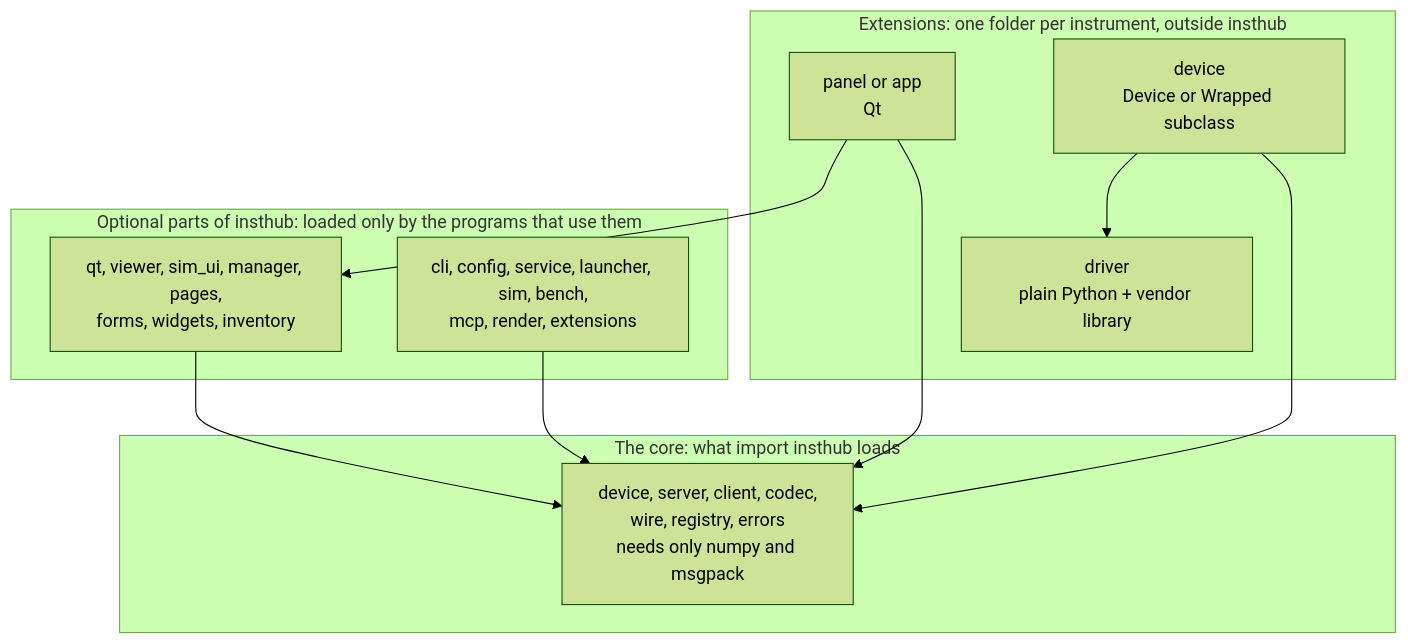
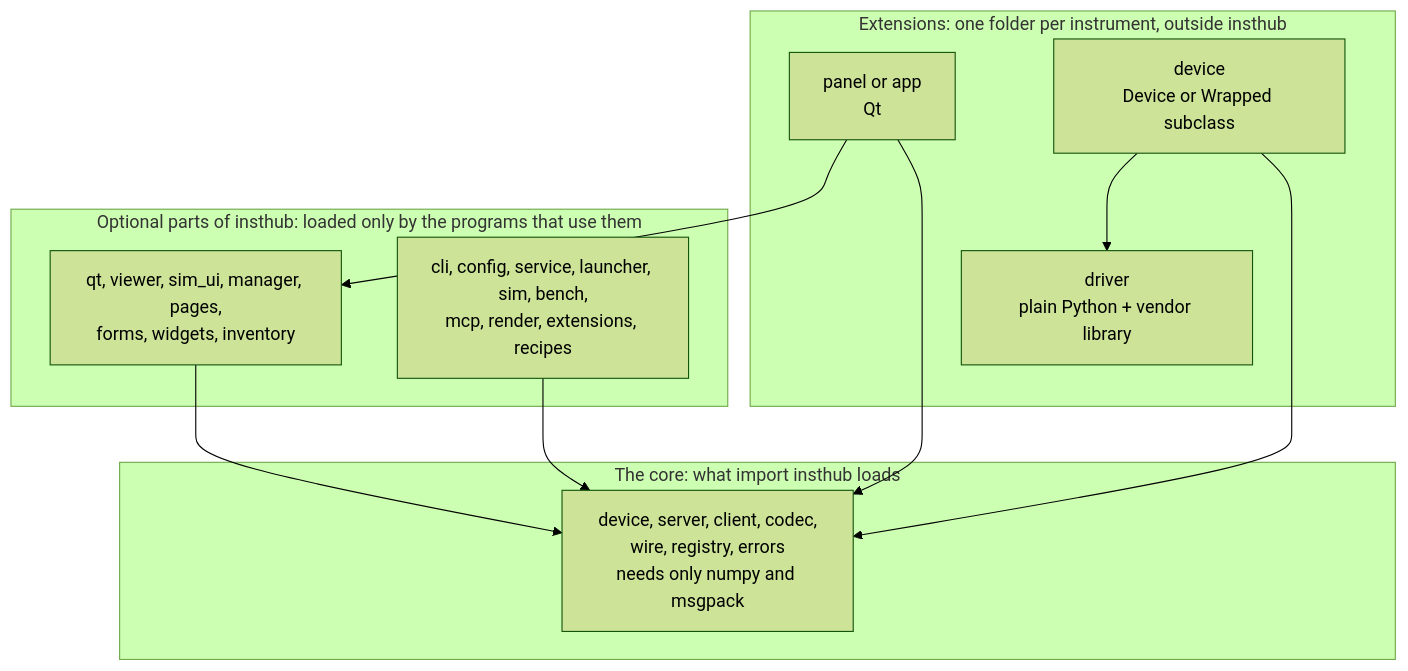
The first of 2 diagrams in docs/design.md (tim4431/insthub), drawn with Mermaid (forest theme) before and after one commit. The commit also changed other lines of this file and 15 other files, not shown here.

````diff
--- a/docs/design.md
+++ b/docs/design.md
@@ -65,21 +66,21 @@
 ```mermaid
 flowchart TB
     subgraph ext["Extensions: one folder per instrument, outside insthub"]
         ui["panel or app<br/>Qt"]
         dev["device<br/>Device or Wrapped subclass"]
         drv["driver<br/>plain Python + vendor library"]
     end
     subgraph opt["Optional parts of insthub: loaded only by the programs that use them"]
         gui["qt, viewer, sim_ui, manager, pages,<br/>forms, widgets, inventory"]
-        rest["cli, config, service, launcher, sim, bench,<br/>mcp, render, extensions"]
+        rest["cli, config, service, launcher, sim, bench,<br/>mcp, render, extensions, recipes"]
     end
     subgraph core["The core: what import insthub loads"]
         c["device, server, client, codec,<br/>wire, registry, errors<br/>needs only numpy and msgpack"]
     end
     ui --> gui
     ui --> c
     dev --> drv
     dev --> c
     gui --> c
     rest --> c
 ```
````
